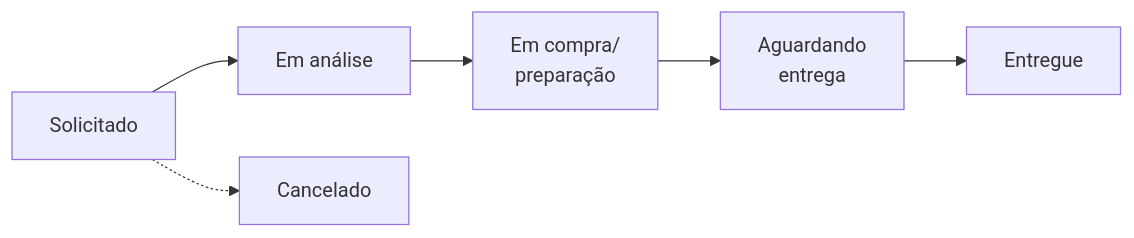
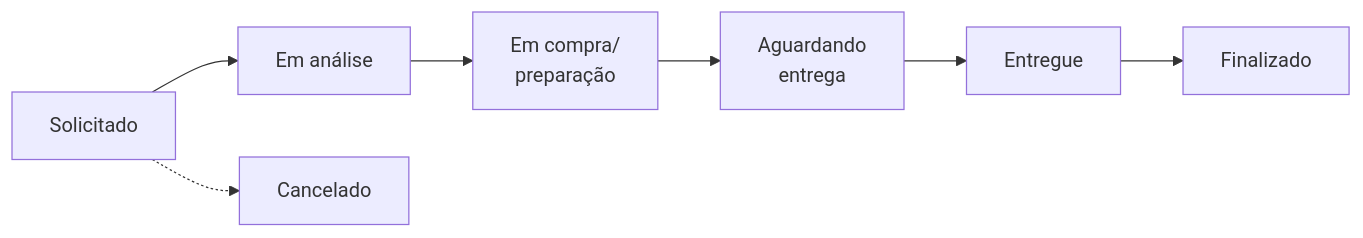
Before and after one commit to lobernardo/sistema_obra_mc: the diagram in docs/onboarding-albuquerque.md, drawn with Mermaid. The commit also changed other lines of this file and 10 other files, not shown here.

````diff
--- a/docs/onboarding-albuquerque.md
+++ b/docs/onboarding-albuquerque.md
@@ -40,8 +41,9 @@
 ```mermaid
 flowchart LR
   A[Solicitado] --> B[Em análise]
   B --> C[Em compra/<br/>preparação]
   C --> D[Aguardando<br/>entrega]
   D --> E[Entregue]
+  E --> F[Finalizado]
   A -.-> X[Cancelado]
 ```
````
